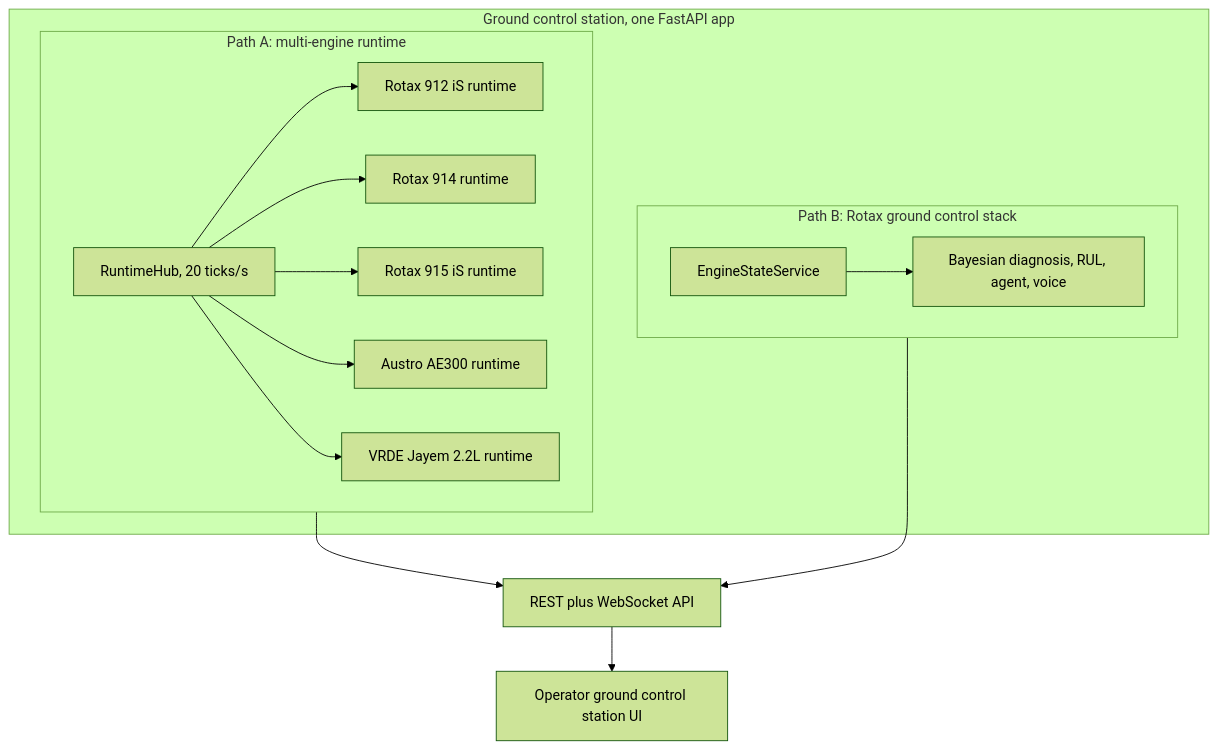
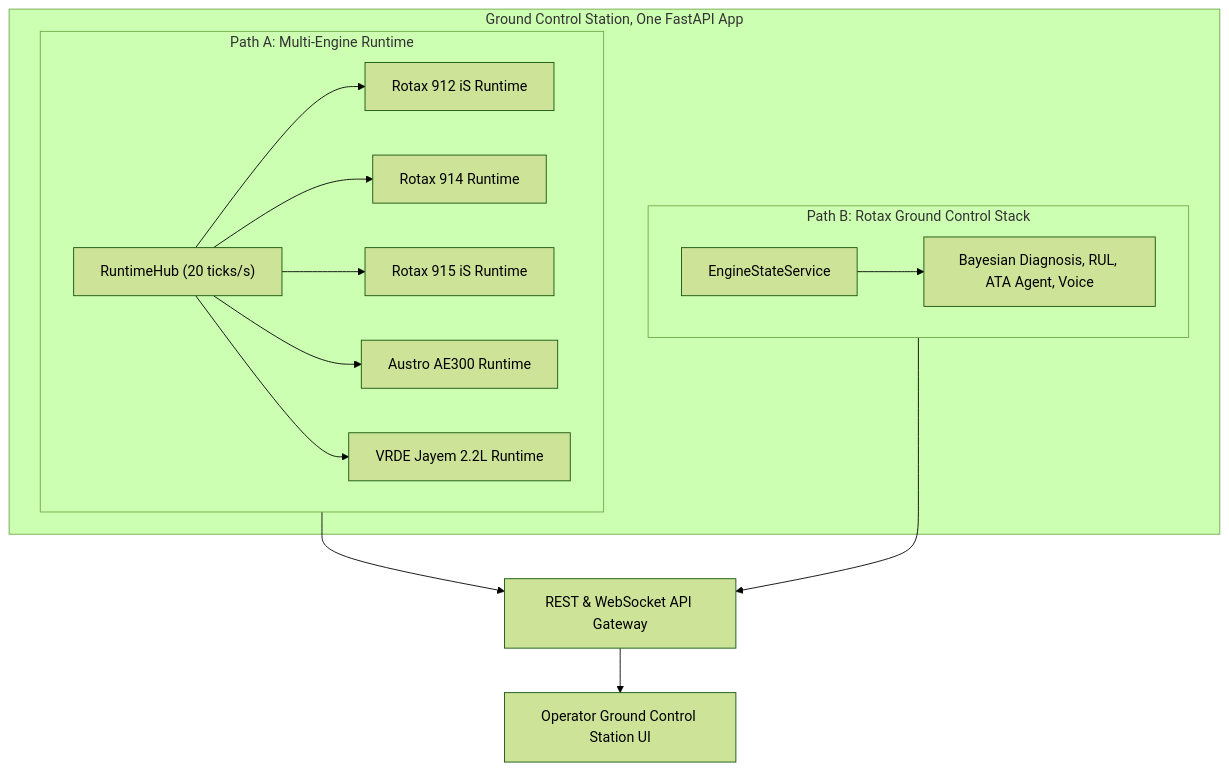
One commit to Aayush-Deshpande/Maverick changed the second of 5 diagrams in docs_site/technical/04-system-architecture.md. Above: the diagram before and after it, drawn with Mermaid (forest theme). The commit also changed other lines of this file and 60 other files, not shown here.

````diff
--- a/docs_site/technical/04-system-architecture.md
+++ b/docs_site/technical/04-system-architecture.md
@@ -13,20 +96,20 @@
 ```mermaid
 flowchart TB
-    subgraph GCS[Ground control station, one FastAPI app]
-        subgraph PathA[Path A: multi-engine runtime]
-            Hub[RuntimeHub, 20 ticks/s]
-            Hub --> R912i[Rotax 912 iS runtime]
-            Hub --> R914[Rotax 914 runtime]
-            Hub --> R915[Rotax 915 iS runtime]
-            Hub --> Austro[Austro AE300 runtime]
-            Hub --> Jayem[VRDE Jayem 2.2L runtime]
+    subgraph GCS["Ground Control Station, One FastAPI App"]
+        subgraph PathA["Path A: Multi-Engine Runtime"]
+            Hub["RuntimeHub (20 ticks/s)"]
+            Hub --> R912i["Rotax 912 iS Runtime"]
+            Hub --> R914["Rotax 914 Runtime"]
+            Hub --> R915["Rotax 915 iS Runtime"]
+            Hub --> Austro["Austro AE300 Runtime"]
+            Hub --> Jayem["VRDE Jayem 2.2L Runtime"]
         end
-        subgraph PathB[Path B: Rotax ground control stack]
-            ESS[EngineStateService]
-            ESS --> Diag[Bayesian diagnosis, RUL, agent, voice]
+        subgraph PathB["Path B: Rotax Ground Control Stack"]
+            ESS["EngineStateService"]
+            ESS --> Diag["Bayesian Diagnosis, RUL, ATA Agent, Voice"]
         end
     end
-    PathA --> API[REST plus WebSocket API]
+    PathA --> API["REST & WebSocket API Gateway"]
     PathB --> API
-    API --> Operator[Operator ground control station UI]
+    API --> Operator["Operator Ground Control Station UI"]
 ```
````
